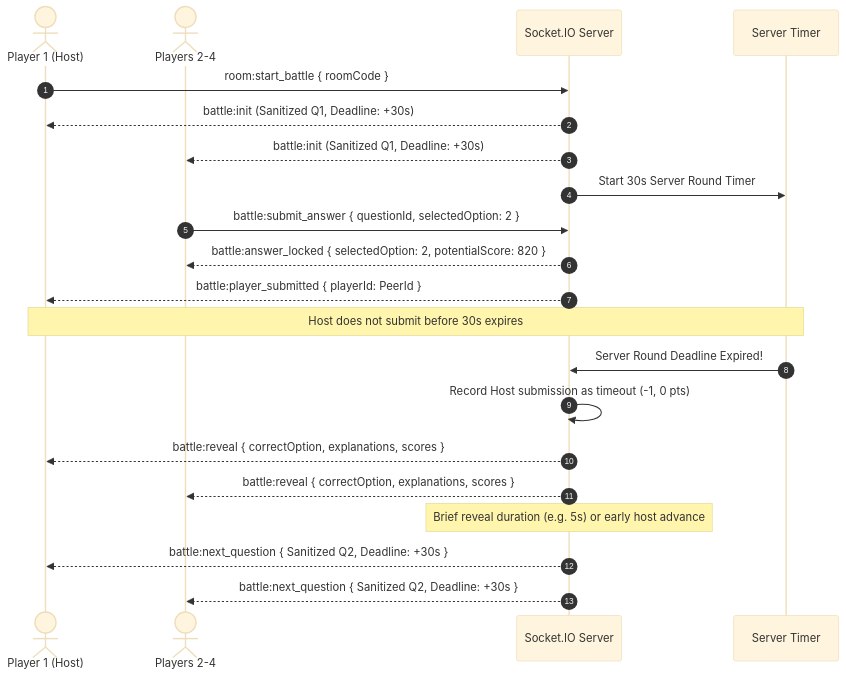
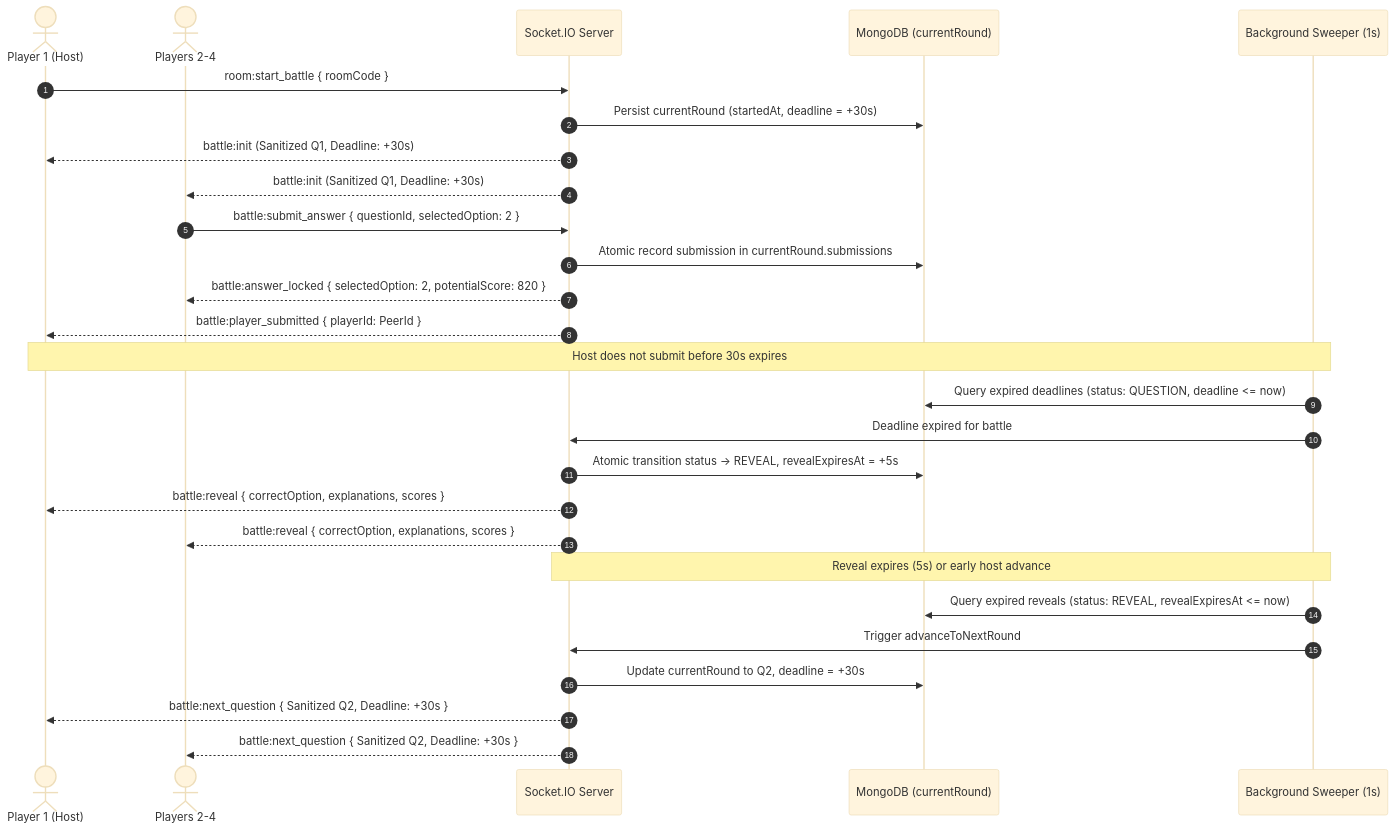
The second of 2 diagrams in docs/07-realtime-socket-architecture.md (harshverma-25/CodeArena), drawn with Mermaid (base theme) before and after one commit. The commit also changed other lines of this file and 59 other files, not shown here.

````diff
--- a/docs/07-realtime-socket-architecture.md
+++ b/docs/07-realtime-socket-architecture.md
@@ -89,27 +90,33 @@
 ```mermaid
 sequenceDiagram
     autonumber
     actor Host as Player 1 (Host)
     actor Peers as Players 2-4
     participant S as Socket.IO Server
-    participant T as Server Timer
+    participant DB as MongoDB (currentRound)
+    participant SW as Background Sweeper (1s)
 
     Host->>S: room:start_battle { roomCode }
+    S->>DB: Persist currentRound (startedAt, deadline = +30s)
     S-->>Host: battle:init (Sanitized Q1, Deadline: +30s)
     S-->>Peers: battle:init (Sanitized Q1, Deadline: +30s)
-    S->>T: Start 30s Server Round Timer
 
     Peers->>S: battle:submit_answer { questionId, selectedOption: 2 }
+    S->>DB: Atomic record submission in currentRound.submissions
     S-->>Peers: battle:answer_locked { selectedOption: 2, potentialScore: 820 }
     S-->>Host: battle:player_submitted { playerId: PeerId }
 
-    Note over Host,T: Host does not submit before 30s expires
-    T->>S: Server Round Deadline Expired!
-    S->>S: Record Host submission as timeout (-1, 0 pts)
+    Note over Host,SW: Host does not submit before 30s expires
+    SW->>DB: Query expired deadlines (status: QUESTION, deadline <= now)
+    SW->>S: Deadline expired for battle
+    S->>DB: Atomic transition status -> REVEAL, revealExpiresAt = +5s
     S-->>Host: battle:reveal { correctOption, explanations, scores }
     S-->>Peers: battle:reveal { correctOption, explanations, scores }
 
-    Note over S: Brief reveal duration (e.g. 5s) or early host advance
+    Note over S,SW: Reveal expires (5s) or early host advance
+    SW->>DB: Query expired reveals (status: REVEAL, revealExpiresAt <= now)
+    SW->>S: Trigger advanceToNextRound
+    S->>DB: Update currentRound to Q2, deadline = +30s
     S-->>Host: battle:next_question { Sanitized Q2, Deadline: +30s }
     S-->>Peers: battle:next_question { Sanitized Q2, Deadline: +30s }
 ```
````
